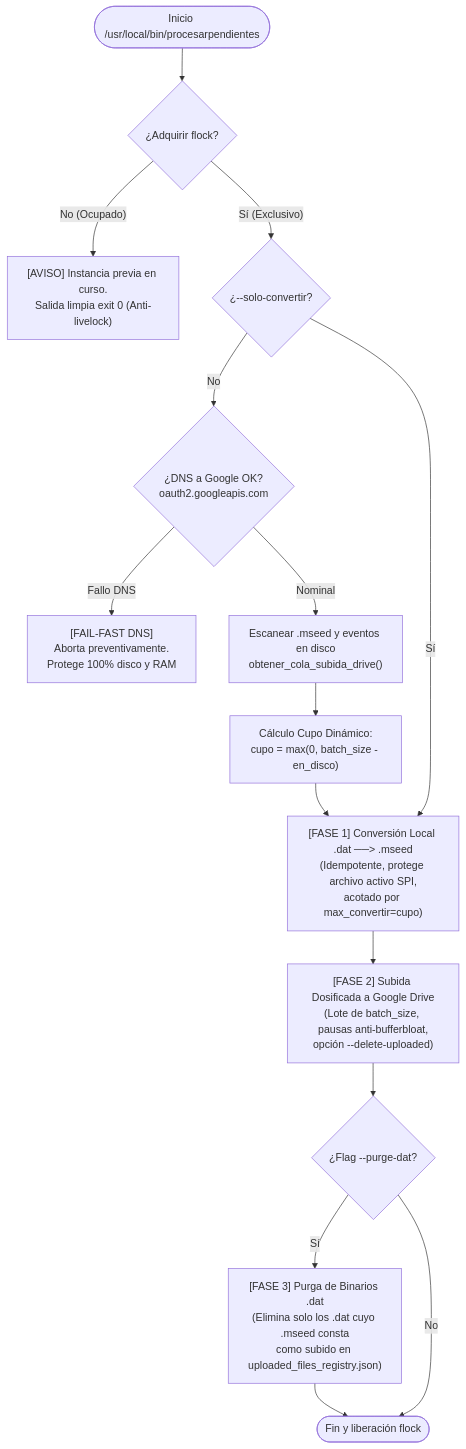
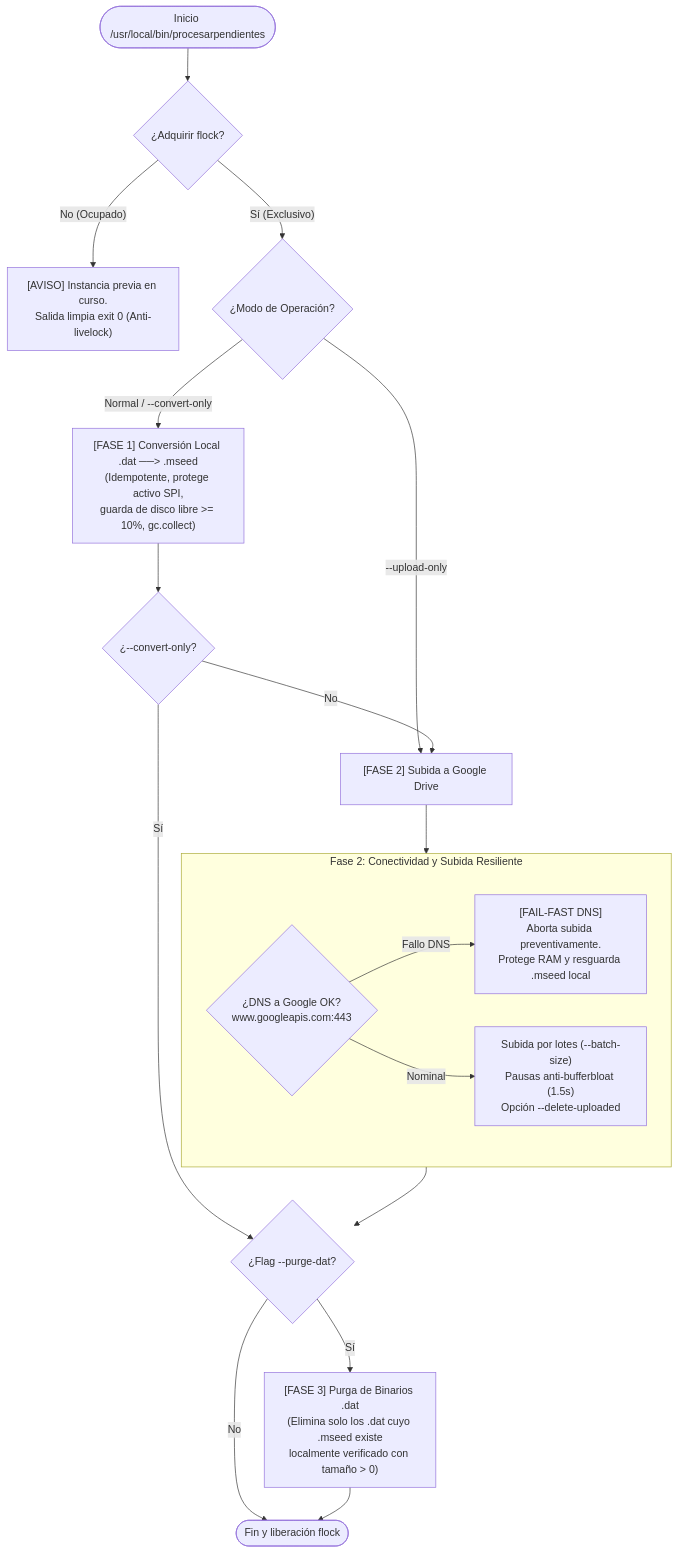
Before and after one commit to RSA-Proyectos/RSA-Acelerografo: the diagram in docs/context/procesar_y_subir_pendientes_context.md, drawn with Mermaid. The commit also changed other lines of this file and 4 other files, not shown here.

````diff
--- a/docs/context/procesar_y_subir_pendientes_context.md
+++ b/docs/context/procesar_y_subir_pendientes_context.md
@@ -22,22 +22,26 @@
 ```mermaid
 flowchart TD
     Inicio([Inicio /usr/local/bin/procesarpendientes]) --> Lock{¿Adquirir flock?}
     Lock -- "No (Ocupado)" --> SalirLock["[AVISO] Instancia previa en curso.<br/>Salida limpia exit 0 (Anti-livelock)"]
-    Lock -- "Sí (Exclusivo)" --> CheckDNS{¿--solo-convertir?}
+    Lock -- "Sí (Exclusivo)" --> ModeCheck{¿Modo de Operación?}
     
-    CheckDNS -- "No" --> DNSProbe{¿DNS a Google OK?<br/>oauth2.googleapis.com}
-    CheckDNS -- "Sí" --> Fase1
+    ModeCheck -- "--upload-only" --> Fase2Subida
+    ModeCheck -- "Normal / --convert-only" --> Fase1Conv["[FASE 1] Conversión Local .dat ──> .mseed<br/>(Idempotente, protege activo SPI,<br/>guarda de disco libre >= 10%, gc.collect)"]
     
-    DNSProbe -- "Fallo DNS" --> FailFast["[FAIL-FAST DNS]<br/>Aborta preventivamente.<br/>Protege 100% disco y RAM"]
-    DNSProbe -- "Nominal" --> ColaDisco["Escanear .mseed y eventos en disco<br/>obtener_cola_subida_drive()"]
+    Fase1Conv --> CheckSoloConv{¿--convert-only?}
+    CheckSoloConv -- "Sí" --> CheckPurgeDat
+    CheckSoloConv -- "No" --> Fase2Subida["[FASE 2] Subida a Google Drive"]
     
-    ColaDisco --> CalcCupo["Cálculo Cupo Dinámico:<br/>cupo = max(0, batch_size - en_disco)"]
-    CalcCupo --> Fase1["[FASE 1] Conversión Local .dat ──> .mseed<br/>(Idempotente, protege archivo activo SPI,<br/>acotado por max_convertir=cupo)"]
+    subgraph SubidaDrive ["Fase 2: Conectividad y Subida Resiliente"]
+        DNSProbe{¿DNS a Google OK?<br/>www.googleapis.com:443}
+        DNSProbe -- "Fallo DNS" --> FailFast["[FAIL-FAST DNS]<br/>Aborta subida preventivamente.<br/>Protege RAM y resguarda .mseed local"]
+        DNSProbe -- "Nominal" --> SubidaLote["Subida por lotes (--batch-size)<br/>Pausas anti-bufferbloat (1.5s)<br/>Opción --delete-uploaded"]
+    end
     
-    Fase1 --> Fase2["[FASE 2] Subida Dosificada a Google Drive<br/>(Lote de batch_size, pausas anti-bufferbloat,<br/>opción --delete-uploaded)"]
+    Fase2Subida --> SubidaDrive
+    SubidaDrive --> CheckPurgeDat{¿Flag --purge-dat?}
     
-    Fase2 --> CheckPurge{¿Flag --purge-dat?}
-    CheckPurge -- "Sí" --> Fase3["[FASE 3] Purga de Binarios .dat<br/>(Elimina solo los .dat cuyo .mseed consta<br/>como subido en uploaded_files_registry.json)"]
-    CheckPurge -- "No" --> Fin([Fin y liberación flock])
+    CheckPurgeDat -- "Sí" --> Fase3["[FASE 3] Purga de Binarios .dat<br/>(Elimina solo los .dat cuyo .mseed existe<br/>localmente verificado con tamaño > 0)"]
+    CheckPurgeDat -- "No" --> Fin([Fin y liberación flock])
     Fase3 --> Fin
 ```
````
